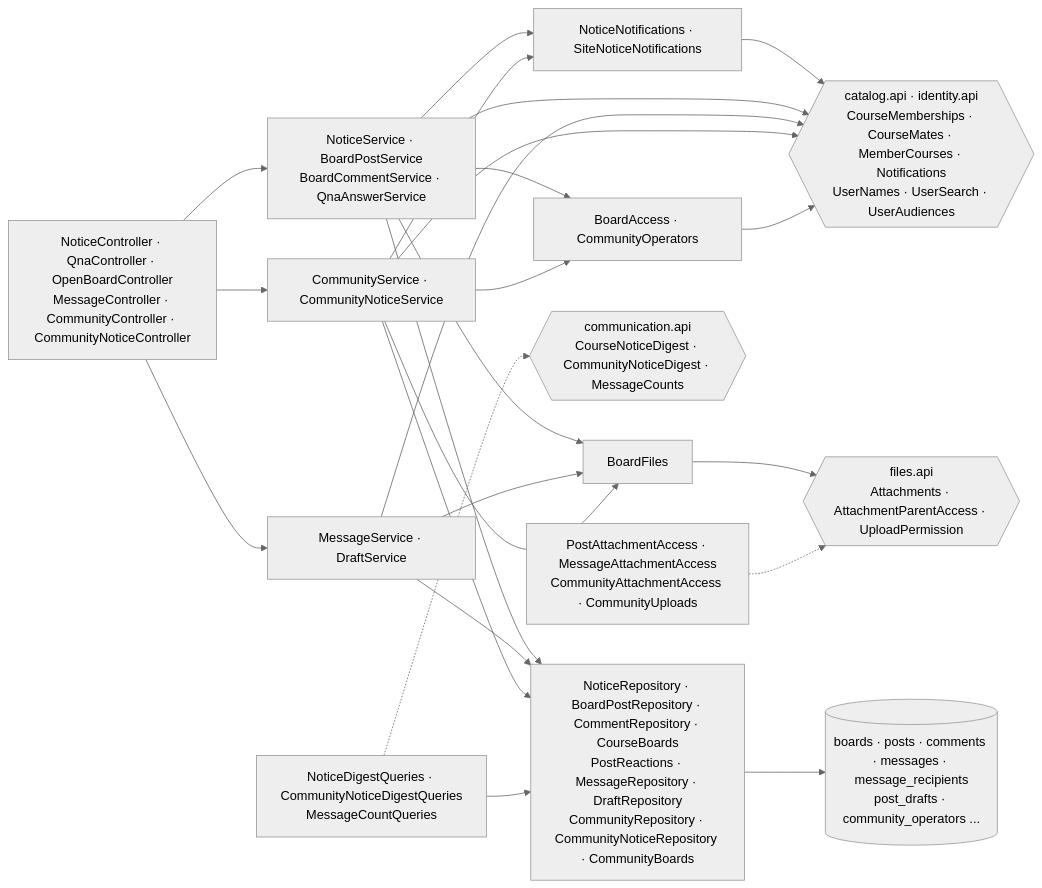
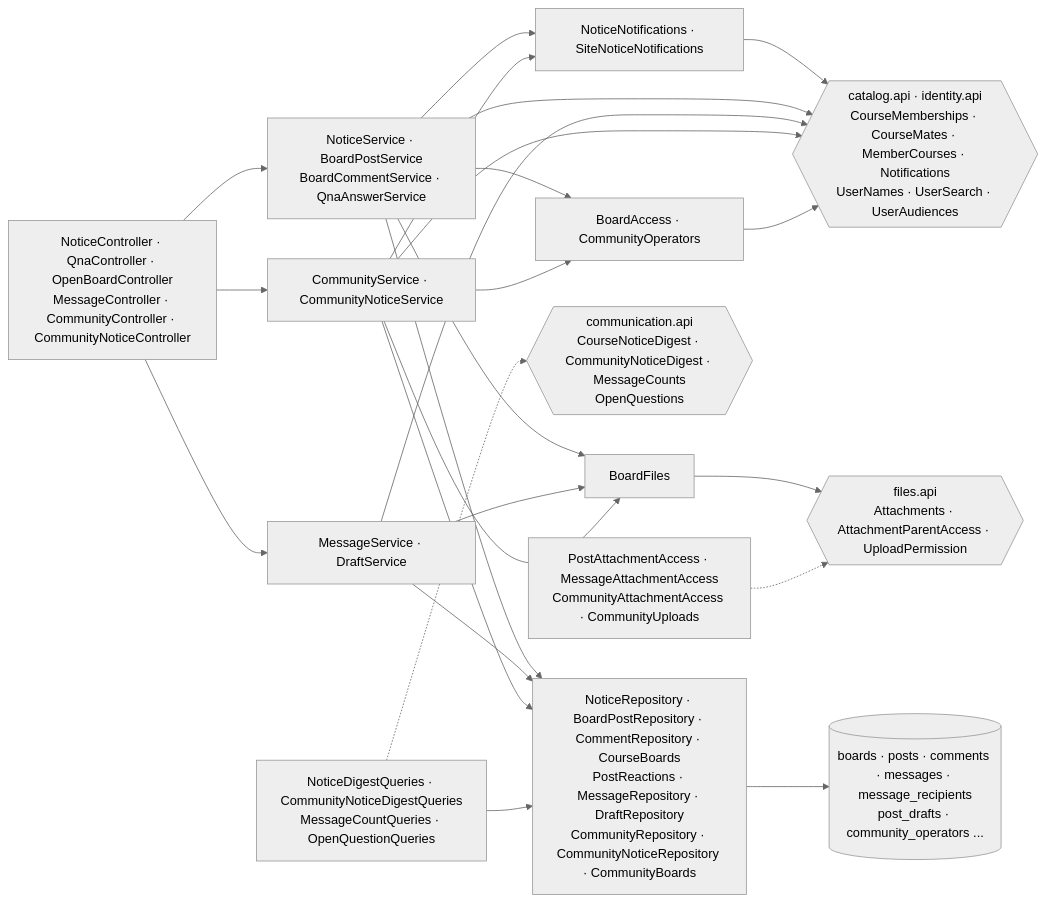
One commit to 2026ENDPoinT/team13 changed the tenth of 18 diagrams in backend/docs/c4.md. Above: the diagram before and after it, drawn with Mermaid (neutral theme). The commit also changed other lines of this file and 1 other file, not shown here.

````diff
--- a/backend/docs/c4.md
+++ b/backend/docs/c4.md
@@ -396,28 +397,28 @@
 ```mermaid
 flowchart LR
   C["NoticeController · QnaController · OpenBoardController<br/>MessageController · CommunityController · CommunityNoticeController"]
   ACC["BoardAccess · CommunityOperators"]
   SB["NoticeService · BoardPostService<br/>BoardCommentService · QnaAnswerService"]
   SM["MessageService · DraftService"]
   SC["CommunityService · CommunityNoticeService"]
   N["NoticeNotifications · SiteNoticeNotifications"]
   BF["BoardFiles"]
   R["NoticeRepository · BoardPostRepository · CommentRepository · CourseBoards<br/>PostReactions · MessageRepository · DraftRepository<br/>CommunityRepository · CommunityNoticeRepository · CommunityBoards"]
-  IMPL["NoticeDigestQueries · CommunityNoticeDigestQueries<br/>MessageCountQueries"]
+  IMPL["NoticeDigestQueries · CommunityNoticeDigestQueries<br/>MessageCountQueries · OpenQuestionQueries"]
   PIMPL["PostAttachmentAccess · MessageAttachmentAccess<br/>CommunityAttachmentAccess · CommunityUploads"]
-  API{{"communication.api<br/>CourseNoticeDigest · CommunityNoticeDigest · MessageCounts"}}
+  API{{"communication.api<br/>CourseNoticeDigest · CommunityNoticeDigest · MessageCounts<br/>OpenQuestions"}}
   OAPI{{"catalog.api · identity.api<br/>CourseMemberships · CourseMates · MemberCourses · Notifications<br/>UserNames · UserSearch · UserAudiences"}}
   FAPI{{"files.api<br/>Attachments · AttachmentParentAccess · UploadPermission"}}
   DB[("boards · posts · comments · messages · message_recipients<br/>post_drafts · community_operators ...")]
   C --> SB & SM & SC
   SB & SC --> ACC
   SB & SC --> N --> OAPI
   SB & SM & SC --> BF --> FAPI
   SB & SM & SC --> R
   SB & SM & SC --> OAPI
   ACC --> OAPI
   IMPL --> R
   IMPL -.-> API
   PIMPL -.-> FAPI
   R --> DB
 ```
````
